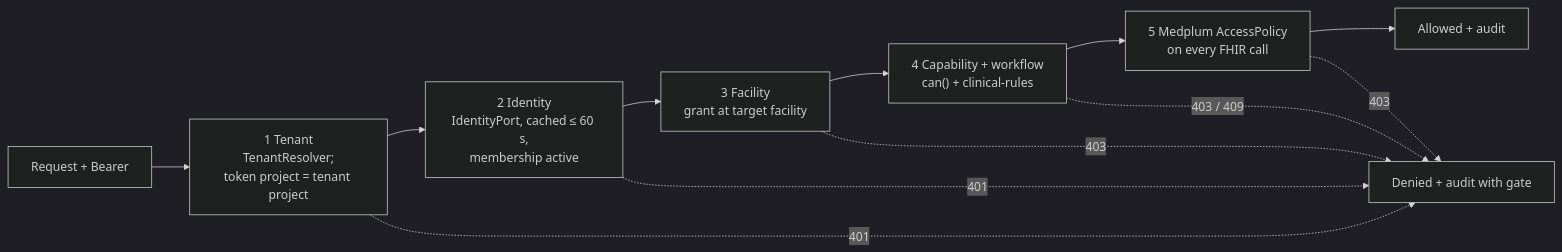
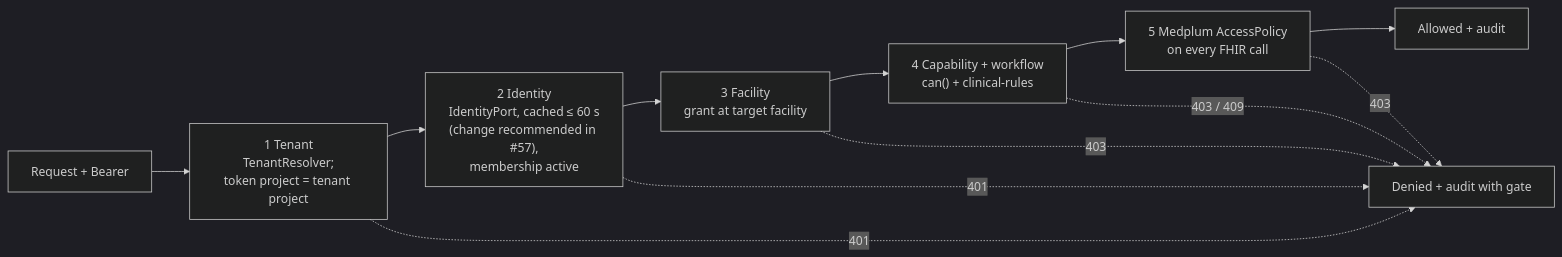
Before and after one commit to imRahul05/ASC-EHR: the first of 2 diagrams in docs/plan/phases/P05-auth-roles.md, drawn with Mermaid (dark theme). The commit also changed other lines of this file and 1 other file, not shown here.

Commit message:
docs(plan): mark P05 cache and api-service-v1 rules as recommended to change in #57; note #60 in 08 §9

````diff
--- a/docs/plan/phases/P05-auth-roles.md
+++ b/docs/plan/phases/P05-auth-roles.md
@@ -38,14 +38,14 @@
 ```mermaid
 flowchart LR
     R["Request + Bearer"] --> G1["1 Tenant<br/>TenantResolver;<br/>token project = tenant project"]
-    G1 --> G2["2 Identity<br/>IdentityPort, cached ≤ 60 s,<br/>membership active"]
+    G1 --> G2["2 Identity<br/>IdentityPort, cached ≤ 60 s<br/>(change recommended in #57),<br/>membership active"]
     G2 --> G3["3 Facility<br/>grant at target facility"]
     G3 --> G4["4 Capability + workflow<br/>can() + clinical-rules"]
     G4 --> G5["5 Medplum AccessPolicy<br/>on every FHIR call"]
     G5 --> OK["Allowed + audit"]
     G1 -.->|401| D["Denied + audit with gate"]
     G2 -.->|401| D
     G3 -.->|403| D
     G4 -.->|"403 / 409"| D
     G5 -.->|403| D
 ```
````
